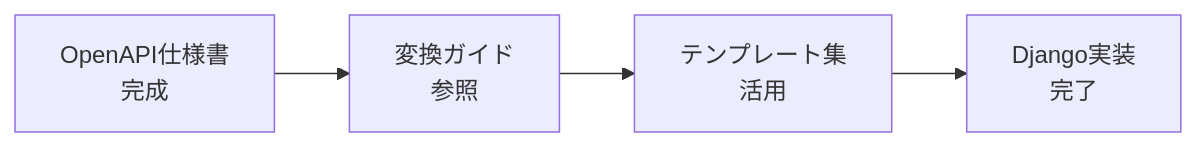
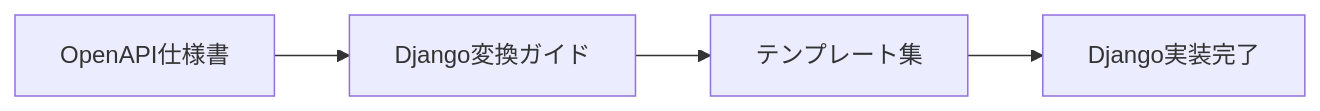
The second of 5 diagrams in docs/guides/index.md (sattva-improve/auto_deploy), drawn with Mermaid before and after one commit. The commit also changed other lines of this file and 4 other files, not shown here.

````diff
--- a/docs/guides/index.md
+++ b/docs/guides/index.md
@@ -103,6 +121,6 @@
 ```mermaid
 flowchart LR
-    A[OpenAPI仕様書<br>完成] --> B[変換ガイド<br>参照]
-    B --> C[テンプレート集<br>活用]
-    C --> D[Django実装<br>完了]
+    A[OpenAPI仕様書] --> B[Django変換ガイド]
+    B --> C[テンプレート集]
+    C --> D[Django実装完了]
 ```
````
